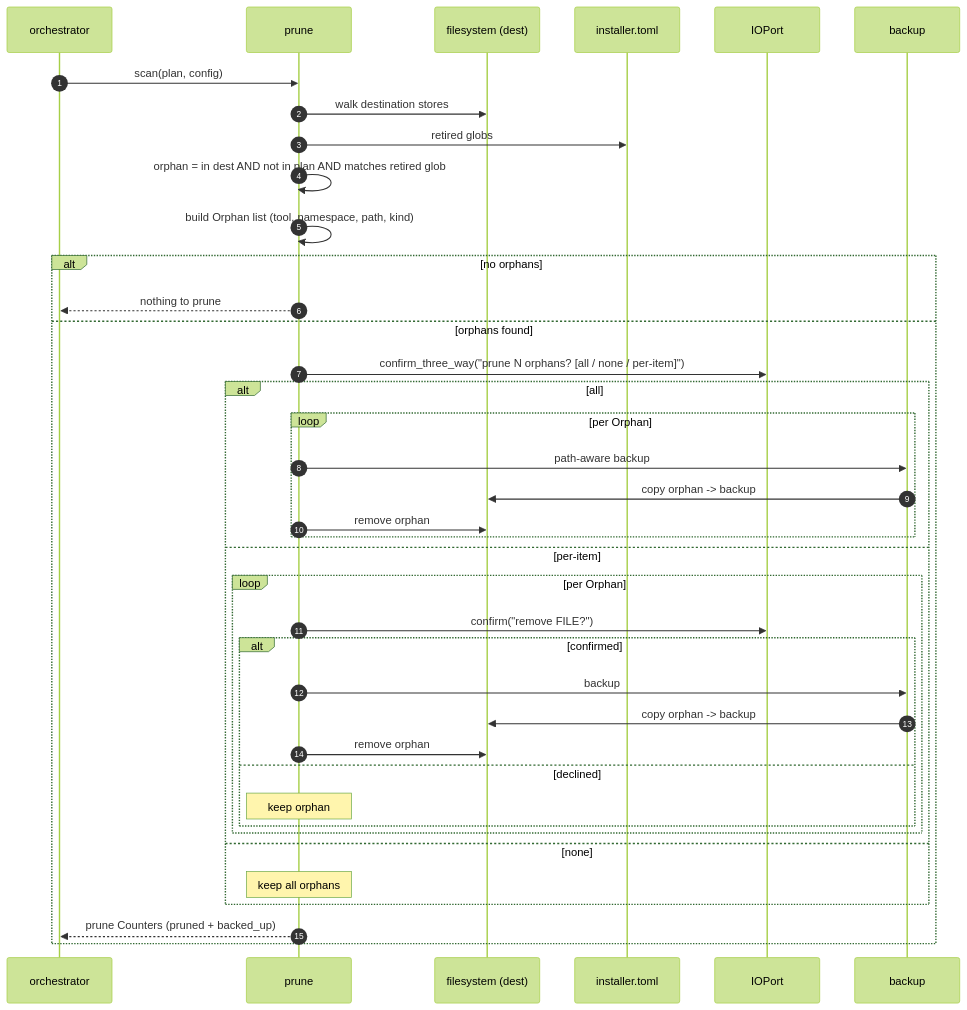
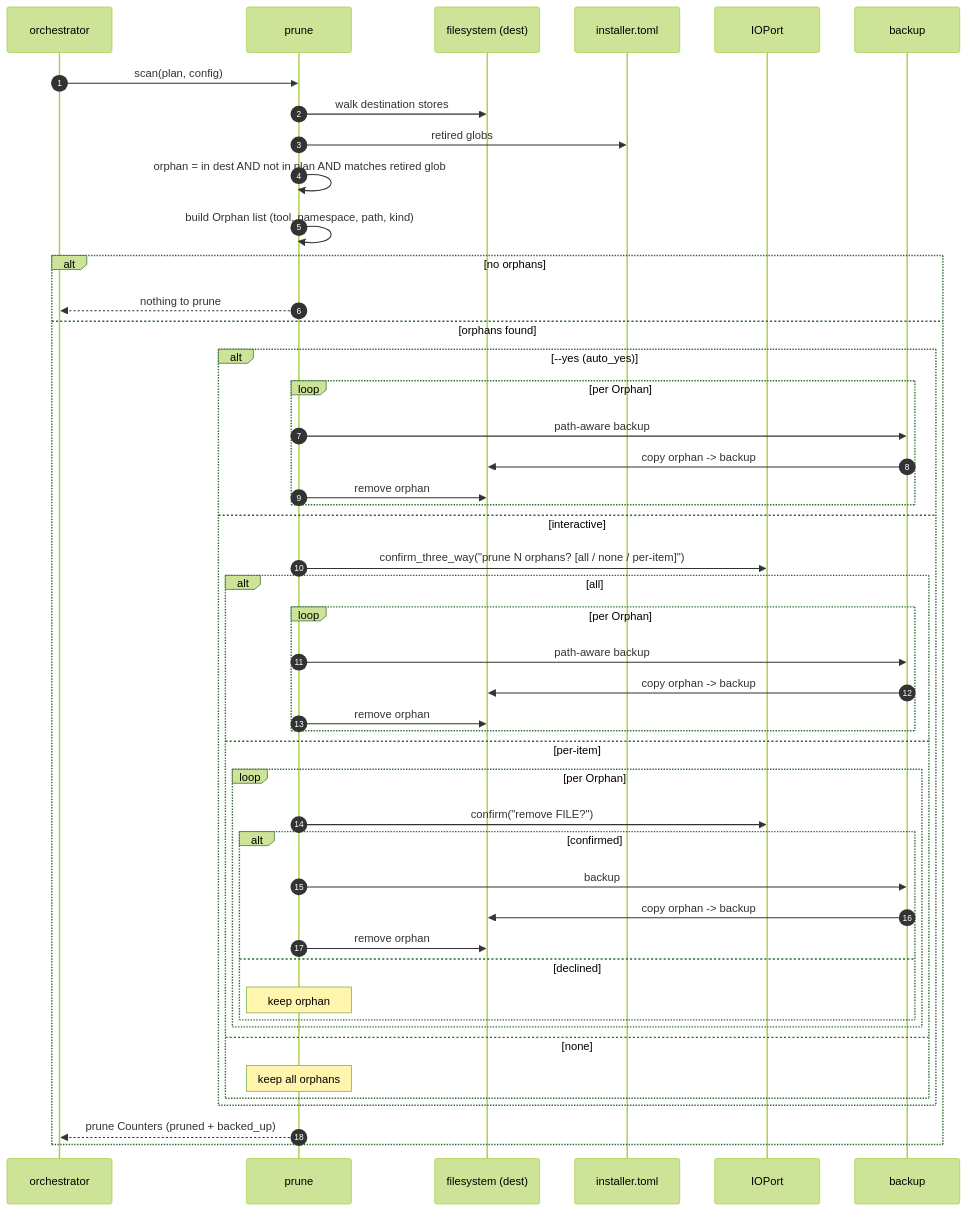
The fourth of 4 diagrams in docs/architecture/installer/sequences.md (scotthamilton77/agents-config), drawn with Mermaid (forest theme) before and after one commit. The commit also changed other lines of this file and 1 other file, not shown here.

Commit message:
docs(installer-hld): add --yes/auto_yes to Config ER and sequence diagrams
- data-view: add Config.auto_yes field; update cardinality note
- sequences Seq 3: restructure hashes-differ branch into three explicit alts
  (--yes skips diff+confirm; --dry-run shows diff no write; interactive prompts)
- sequences Seq 4: add --yes alt that bypasses the three-way prune prompt
- sequences notes: document the three sync modes and the non-interactive guard

Companion bead agents-config-w1qls.7.7 (G.7) created for the implementation work.

````diff
--- a/docs/architecture/installer/sequences.md
+++ b/docs/architecture/installer/sequences.md
@@ -213,43 +220,51 @@
 ```mermaid
 sequenceDiagram
     autonumber
     participant Orch as orchestrator
     participant Prune as prune
     participant FS as filesystem (dest)
     participant Cfg as installer.toml
     participant IO as IOPort
     participant Bak as backup
 
     Orch->>Prune: scan(plan, config)
     Prune->>FS: walk destination stores
     Prune->>Cfg: retired globs
     Prune->>Prune: orphan = in dest AND not in plan AND matches retired glob
     Prune->>Prune: build Orphan list (tool, namespace, path, kind)
 
     alt no orphans
         Prune-->>Orch: nothing to prune
     else orphans found
-        Prune->>IO: confirm_three_way("prune N orphans? [all / none / per-item]")
-        alt all
+        alt --yes (auto_yes)
             loop per Orphan
                 Prune->>Bak: path-aware backup
                 Bak->>FS: copy orphan -> backup
                 Prune->>FS: remove orphan
             end
-        else per-item
-            loop per Orphan
-                Prune->>IO: confirm("remove FILE?")
-                alt confirmed
-                    Prune->>Bak: backup
+        else interactive
+            Prune->>IO: confirm_three_way("prune N orphans? [all / none / per-item]")
+            alt all
+                loop per Orphan
+                    Prune->>Bak: path-aware backup
                     Bak->>FS: copy orphan -> backup
                     Prune->>FS: remove orphan
-                else declined
-                    Note over Prune: keep orphan
                 end
+            else per-item
+                loop per Orphan
+                    Prune->>IO: confirm("remove FILE?")
+                    alt confirmed
+                        Prune->>Bak: backup
+                        Bak->>FS: copy orphan -> backup
+                        Prune->>FS: remove orphan
+                    else declined
+                        Note over Prune: keep orphan
+                    end
+                end
+            else none
+                Note over Prune: keep all orphans
             end
-        else none
-            Note over Prune: keep all orphans
         end
         Prune-->>Orch: prune Counters (pruned + backed_up)
     end
 ```
````
